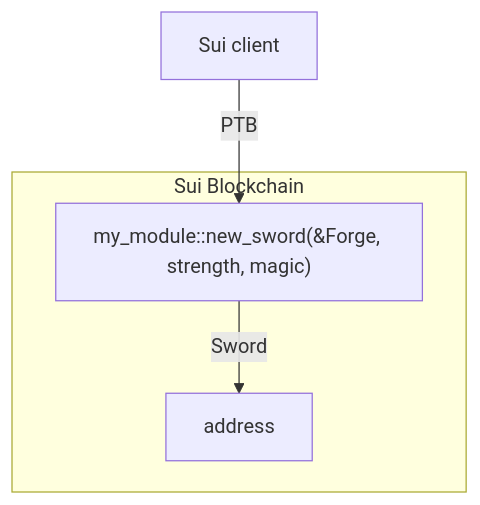
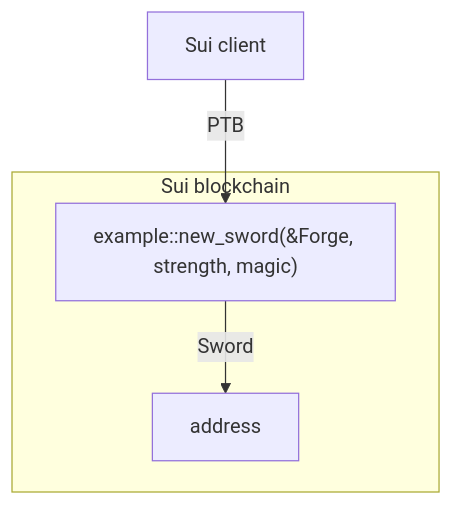
The second of 2 diagrams in docs/content/guides/developer/first-app/publish.mdx (MystenLabs/sui), drawn with Mermaid before and after one commit. The commit also changed other lines of this file and 3 other files, not shown here.

````diff
--- a/docs/content/guides/developer/first-app/publish.mdx
+++ b/docs/content/guides/developer/first-app/publish.mdx
@@ -87,13 +87,13 @@
 ```mermaid
 flowchart TB
-    my_module["my_module::new_sword(&Forge, strength, magic)"]
+    example["example::new_sword(&Forge, strength, magic)"]
     
-    Sui_client["Sui client"]
+    sui_client["Sui client"]
 
-    subgraph Sui Blockchain
-	my_module
-	my_module --Sword--> address
+    subgraph Sui blockchain
+	example
+	example --Sword--> address
     end
     
-    Sui_client --"PTB"--> my_module
+    sui_client --"PTB"--> example
 ```
````
